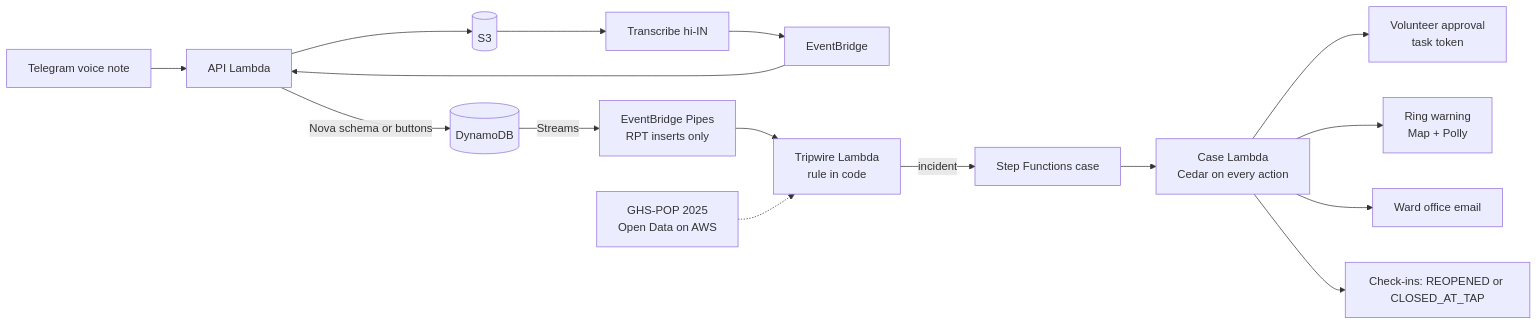
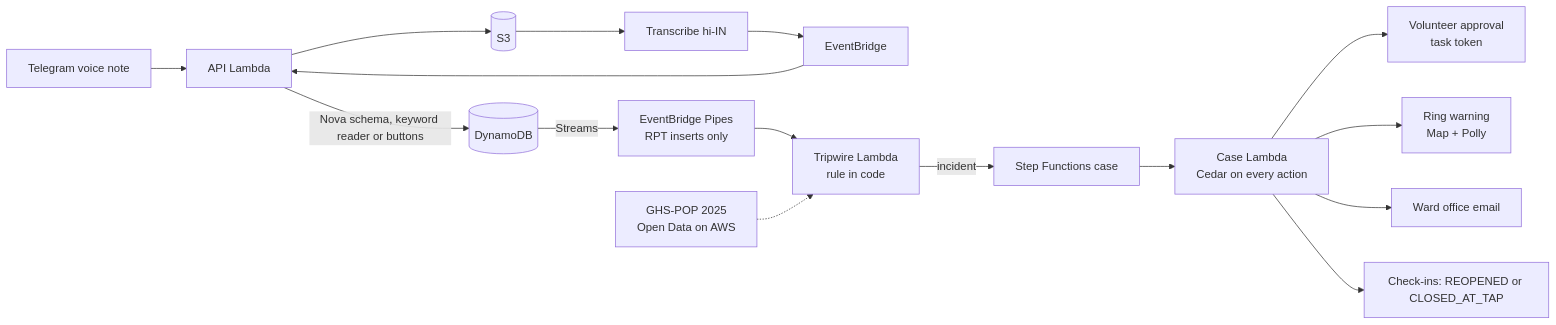
One commit to aryangorde6/teesri-shikayat changed the diagram in README.md. Above: the diagram before and after it, drawn with Mermaid. The commit also changed other lines of this file and 12 other files, not shown here.

First line of the commit message:
Voice notes without Nova: a plain-code Hindi keyword reader fills the same fields (same validate), buttons only when it finds no colour or smell

````diff
--- a/README.md
+++ b/README.md
@@ -26,13 +26,13 @@
 ```mermaid
 flowchart LR
   TG[Telegram voice note] --> L[API Lambda] --> S3[(S3)] --> TR[Transcribe hi-IN] --> EB[EventBridge] --> L
-  L -->|"Nova schema or buttons"| DDB[(DynamoDB)]
+  L -->|"Nova schema, keyword reader or buttons"| DDB[(DynamoDB)]
   DDB -->|Streams| P["EventBridge Pipes<br/>RPT inserts only"] --> TW["Tripwire Lambda<br/>rule in code"]
   TW -->|incident| SF[Step Functions case]
   SF --> C["Case Lambda<br/>Cedar on every action"]
   C --> V["Volunteer approval<br/>task token"]
   C --> W["Ring warning<br/>Map + Polly"]
   C --> M[Ward office email]
   C --> K["Check-ins: REOPENED or CLOSED_AT_TAP"]
   POP["GHS-POP 2025<br/>Open Data on AWS"] -.-> TW
 ```
````
